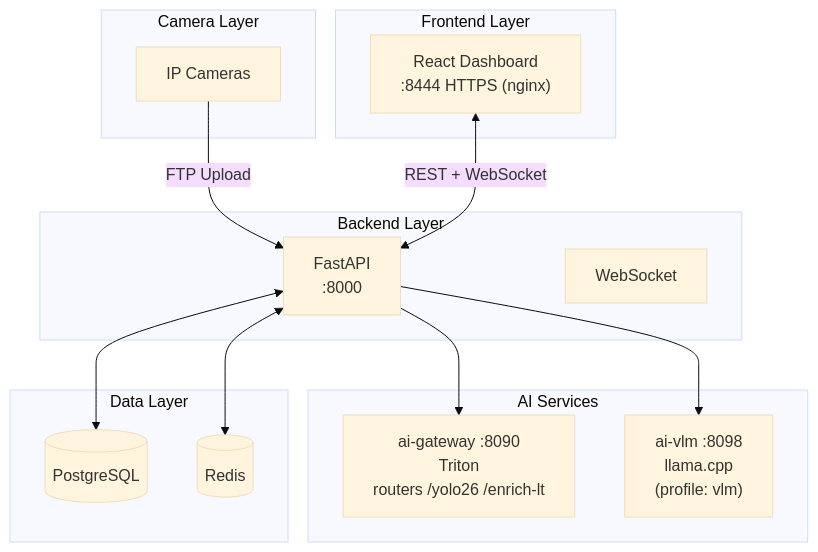
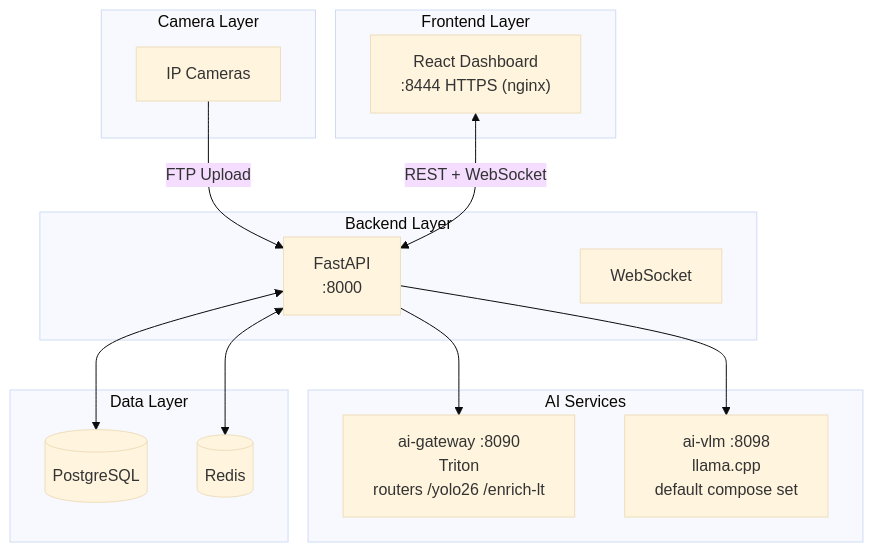
Before and after one commit to mikesvoboda/nemotron-v3-home-security-intelligence: the seventh of 7 diagrams in docs/index.md, drawn with Mermaid (base theme). The commit also changed other lines of this file and 14 other files, not shown here.

First line of the commit message:
docs(ops): the default up starts ai-vlm, everywhere the repo says so

````diff
--- a/docs/index.md
+++ b/docs/index.md
@@ -170,26 +170,26 @@
 ```mermaid
 flowchart TB
     subgraph Cameras["Camera Layer"]
         CAM[IP Cameras]
     end
     subgraph Frontend["Frontend Layer"]
         UI["React Dashboard<br/>:8444 HTTPS (nginx)"]
     end
     subgraph Backend["Backend Layer"]
         API["FastAPI<br/>:8000"]
         WS["WebSocket"]
     end
     subgraph AI["AI Services"]
         GW["ai-gateway :8090<br/>Triton<br/>routers /yolo26 /enrich-lt"]
-        VLM["ai-vlm :8098<br/>llama.cpp<br/>(profile: vlm)"]
+        VLM["ai-vlm :8098<br/>llama.cpp<br/>default compose set"]
     end
     subgraph Data["Data Layer"]
         DB[(PostgreSQL)]
         REDIS[(Redis)]
     end
     CAM -->|FTP Upload| API
     UI <-->|REST + WebSocket| API
     API --> GW
     API --> VLM
     API <--> DB & REDIS
 ```
````
